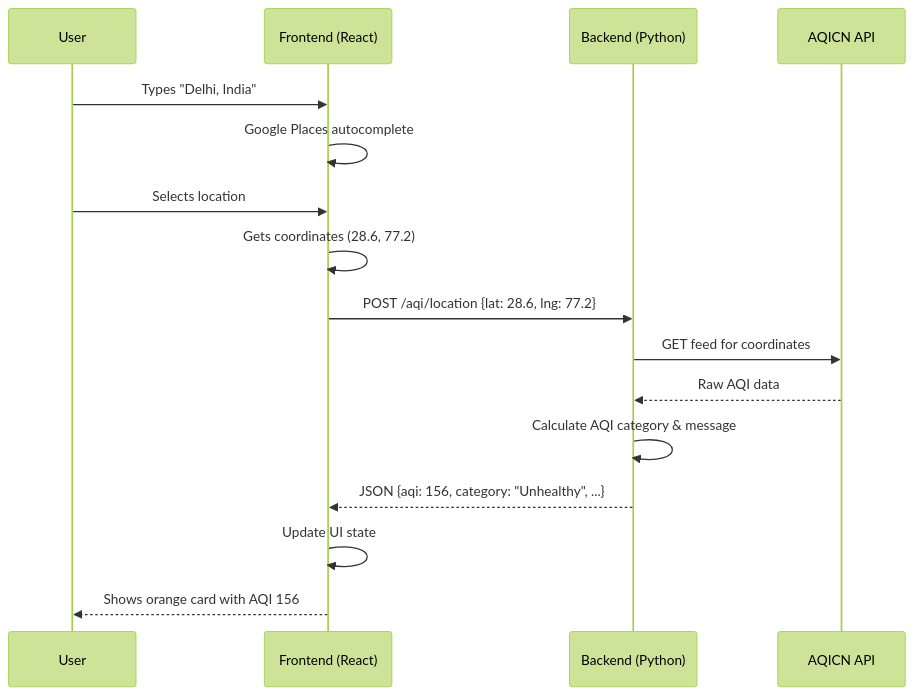
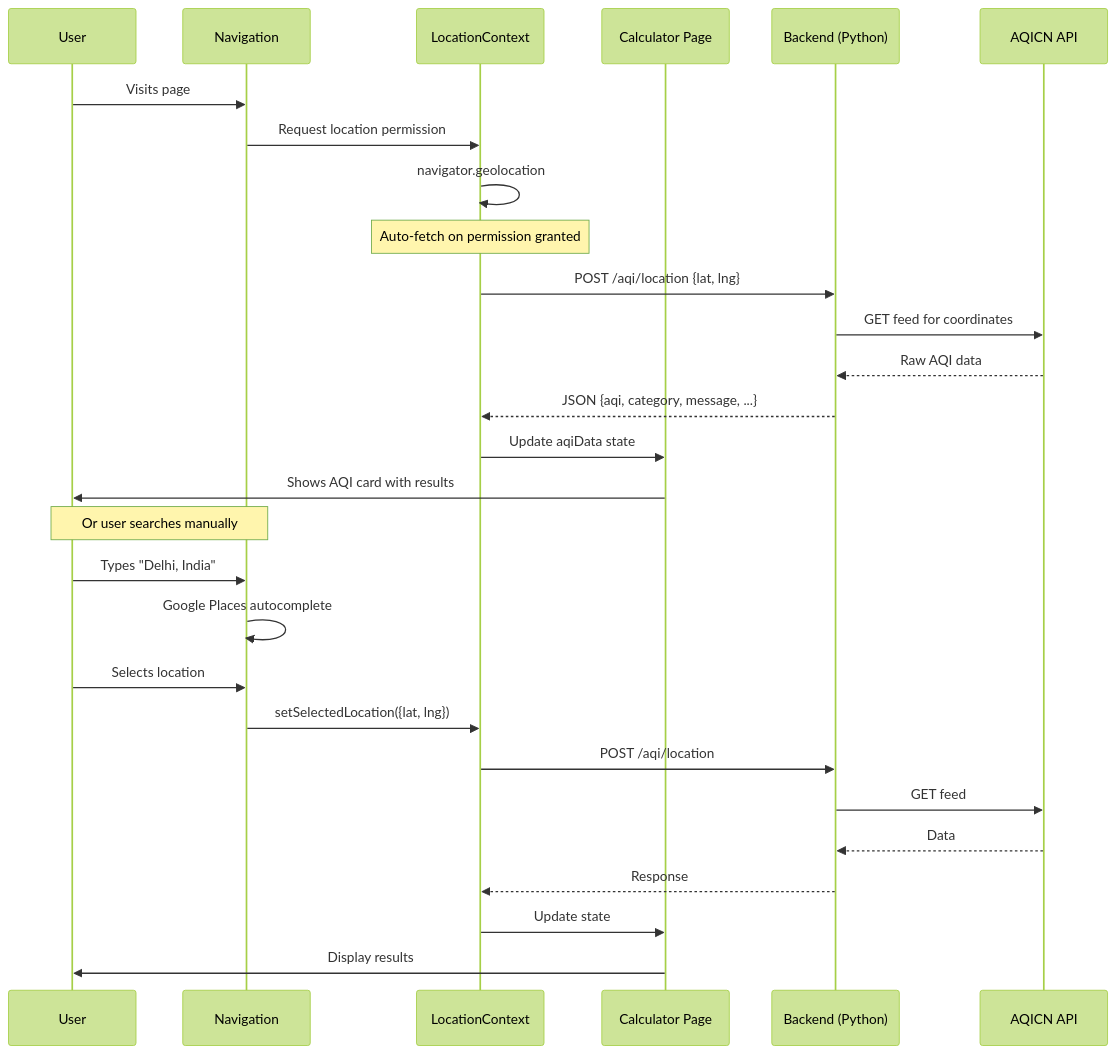
The sixth of 6 diagrams in README.md (theaiguy1987/aqi_app), drawn with Mermaid (forest theme) before and after one commit. The commit also changed other lines of this file and 14 other files, not shown here.

First line of the commit message:
refactor(ui): compact AQI card design and fix mobile dropdown selection

````diff
--- a/README.md
+++ b/README.md
@@ -275,19 +344,32 @@
 ```mermaid
 sequenceDiagram
     participant U as User
-    participant F as Frontend (React)
+    participant N as Navigation
+    participant C as LocationContext
+    participant P as Calculator Page
     participant B as Backend (Python)
     participant A as AQICN API
 
-    U->>F: Types "Delhi, India"
-    F->>F: Google Places autocomplete
-    U->>F: Selects location
-    F->>F: Gets coordinates (28.6, 77.2)
-    F->>B: POST /aqi/location {lat: 28.6, lng: 77.2}
+    U->>N: Visits page
+    N->>C: Request location permission
+    C->>C: navigator.geolocation
+    Note over C: Auto-fetch on permission granted
+    C->>B: POST /aqi/location {lat, lng}
     B->>A: GET feed for coordinates
     A-->>B: Raw AQI data
-    B->>B: Calculate AQI category & message
-    B-->>F: JSON {aqi: 156, category: "Unhealthy", ...}
-    F->>F: Update UI state
-    F-->>U: Shows orange card with AQI 156
+    B-->>C: JSON {aqi, category, message, ...}
+    C->>P: Update aqiData state
+    P->>U: Shows AQI card with results
+
+    Note over U,N: Or user searches manually
+    U->>N: Types "Delhi, India"
+    N->>N: Google Places autocomplete
+    U->>N: Selects location
+    N->>C: setSelectedLocation({lat, lng})
+    C->>B: POST /aqi/location
+    B->>A: GET feed
+    A-->>B: Data
+    B-->>C: Response
+    C->>P: Update state
+    P->>U: Display results
 ```
````
